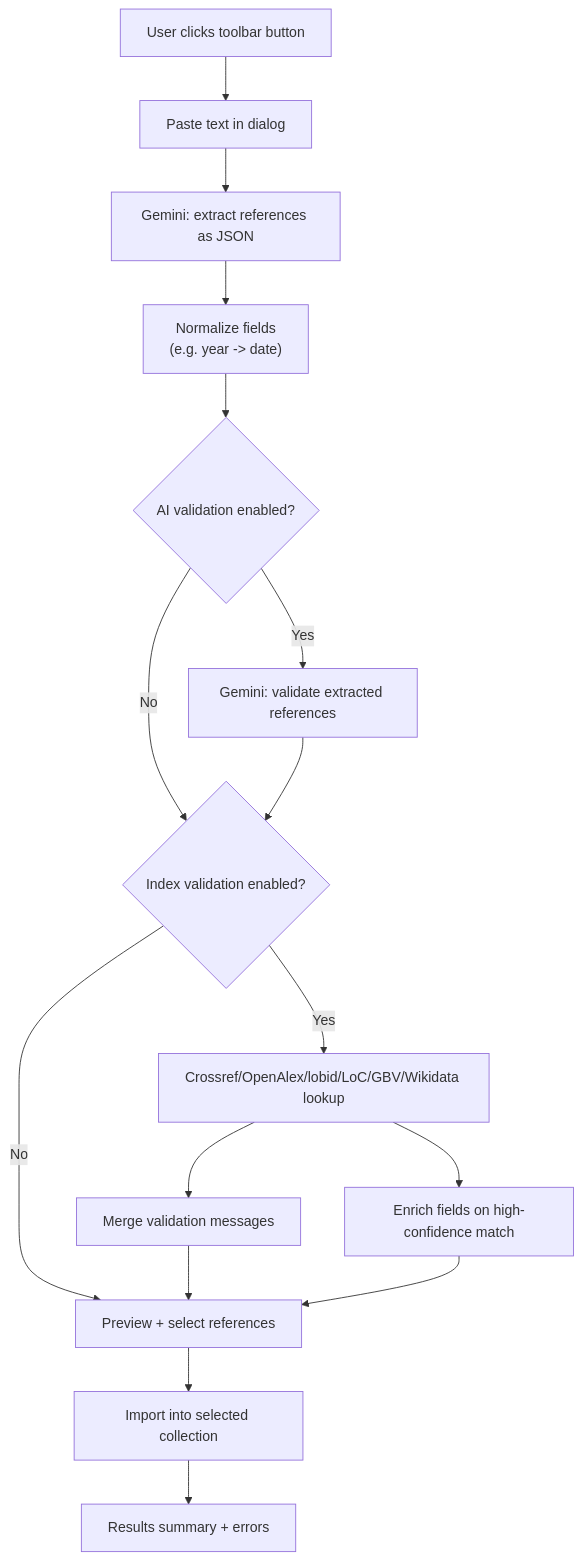
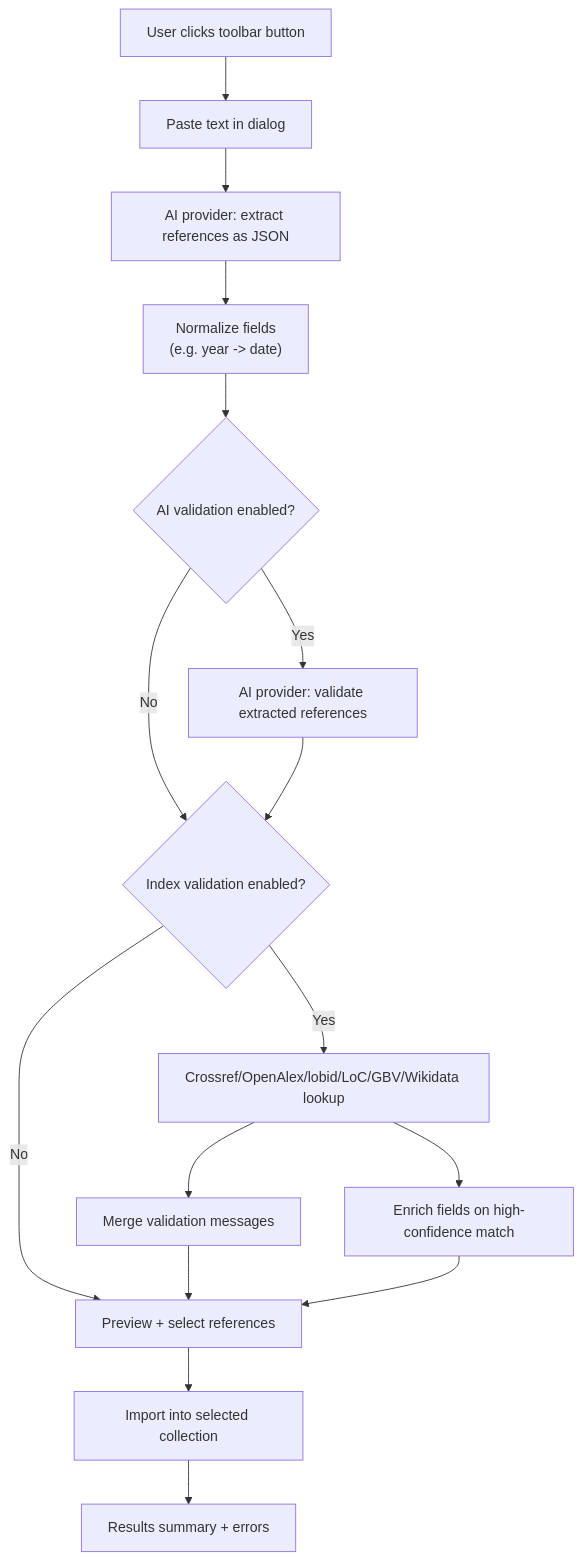
Before and after one commit to jmiba/Zotero-add-items-from-text: the diagram in README.md, drawn with Mermaid. The commit also changed other lines of this file and 5 other files, not shown here.

````diff
--- a/README.md
+++ b/README.md
@@ -21,18 +21,18 @@
 ```mermaid
 flowchart TD
   A[User clicks toolbar button] --> B[Paste text in dialog]
-  B --> C[Gemini: extract references as JSON]
+  B --> C[AI provider: extract references as JSON]
   C --> D["Normalize fields\n(e.g. year -> date)"]
   D --> E{AI validation enabled?}
-  E -- Yes --> F[Gemini: validate extracted references]
+  E -- Yes --> F[AI provider: validate extracted references]
   E -- No --> G
   F --> G{Index validation enabled?}
   G -- Yes --> H[Crossref/OpenAlex/lobid/LoC/GBV/Wikidata lookup]
   H --> I[Merge validation messages]
   H --> J[Enrich fields on high-confidence match]
   G -- No --> K
   I --> K[Preview + select references]
   J --> K
   K --> L[Import into selected collection]
   L --> M[Results summary + errors]
 ```
````
